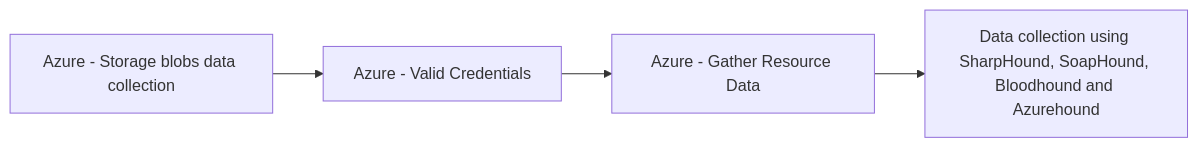
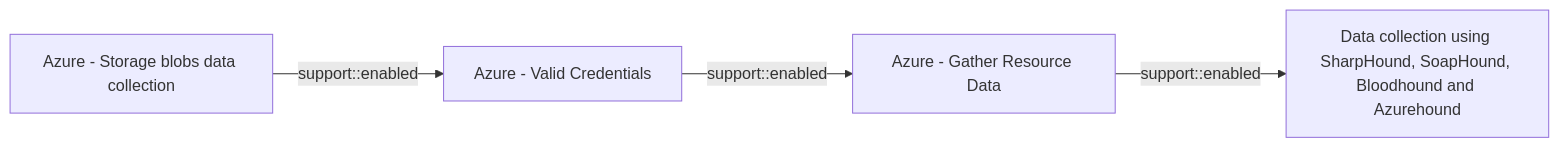
Before and after one commit to opentidehq/library: the diagram in docs/threats/azure-storage-blobs-data-collection.md, drawn with Mermaid. The commit also changed other lines of this file and 277 other files, not shown here.

````diff
--- a/docs/threats/azure-storage-blobs-data-collection.md
+++ b/docs/threats/azure-storage-blobs-data-collection.md
@@ -56,10 +88,10 @@
 ```mermaid
 flowchart LR
 c856d1b5_b351_49ad_b8f4_8ab9720ba510["Azure - Storage blobs data collection"]
 2743bf18_3b86_4721_bf3e_153dcda0b149["Azure - Valid Credentials"]
 b1593e0b_1b3b_462d_9ab6_21d1c136469d["Azure - Gather Resource Data"]
 53063205_4404_4e6d_a2f5_d566c6085d96["Data collection using SharpHound, SoapHound, Bloodhound and Azurehound"]
-c856d1b5_b351_49ad_b8f4_8ab9720ba510 --> 2743bf18_3b86_4721_bf3e_153dcda0b149
-2743bf18_3b86_4721_bf3e_153dcda0b149 --> b1593e0b_1b3b_462d_9ab6_21d1c136469d
-b1593e0b_1b3b_462d_9ab6_21d1c136469d --> 53063205_4404_4e6d_a2f5_d566c6085d96
+c856d1b5_b351_49ad_b8f4_8ab9720ba510 -->|support::enabled| 2743bf18_3b86_4721_bf3e_153dcda0b149
+2743bf18_3b86_4721_bf3e_153dcda0b149 -->|support::enabled| b1593e0b_1b3b_462d_9ab6_21d1c136469d
+b1593e0b_1b3b_462d_9ab6_21d1c136469d -->|support::enabled| 53063205_4404_4e6d_a2f5_d566c6085d96
 ```
````
